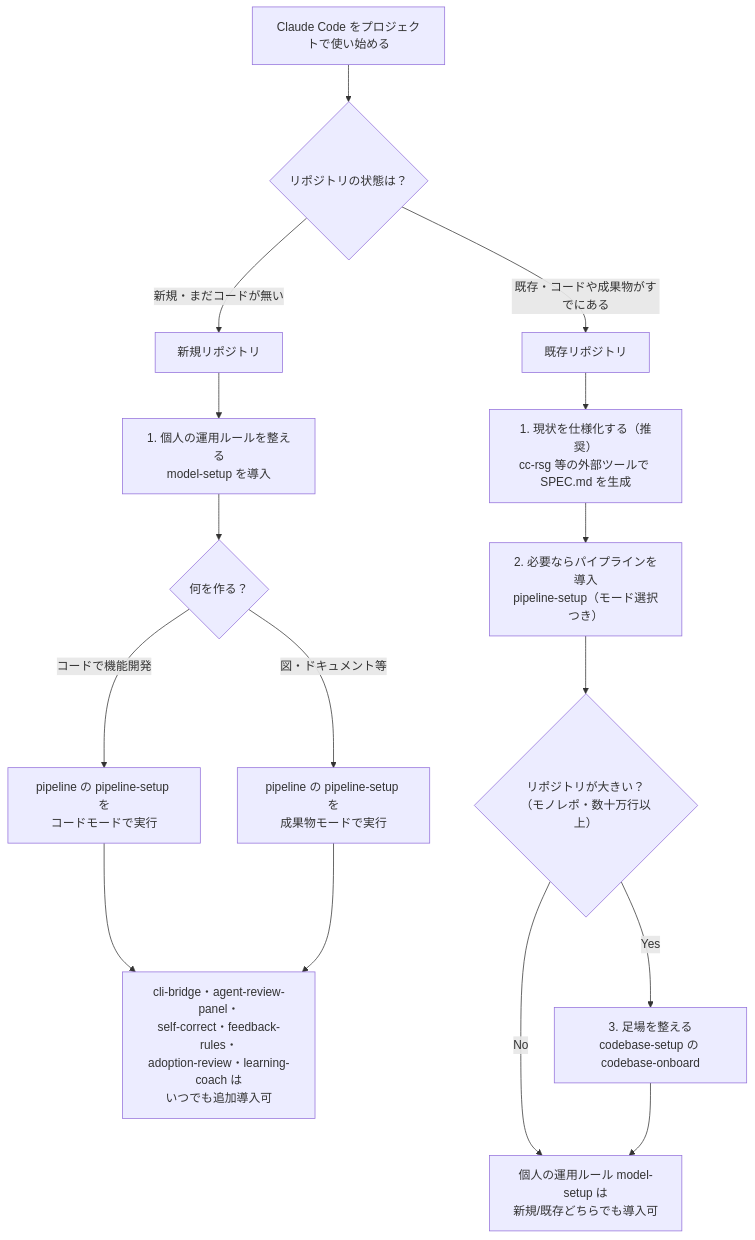
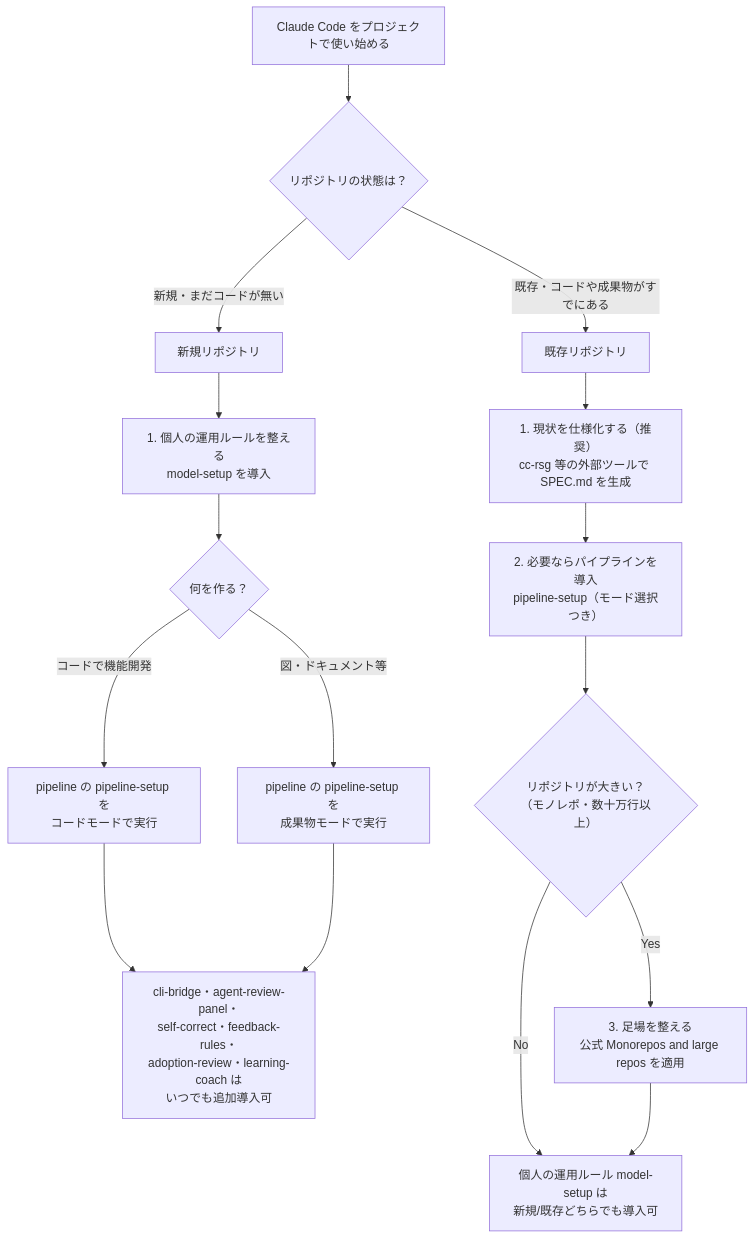
The first of 2 diagrams in README.md (mrkxlia/claude-code-workbench-ja), drawn with Mermaid before and after one commit. The commit also changed other lines of this file and 61 other files, not shown here.

````diff
--- a/README.md
+++ b/README.md
@@ -9,20 +9,20 @@
 ```mermaid
 flowchart TD
     Start["Claude Code をプロジェクトで使い始める"] --> Q{"リポジトリの状態は？"}
     Q -->|"新規・まだコードが無い"| New["新規リポジトリ"]
     Q -->|"既存・コードや成果物がすでにある"| Existing["既存リポジトリ"]
 
     New --> N1["1. 個人の運用ルールを整える<br/>model-setup を導入"]
     N1 --> N2{"何を作る？"}
     N2 -->|"コードで機能開発"| N3["pipeline の pipeline-setup を<br/>コードモードで実行"]
     N2 -->|"図・ドキュメント等"| N4["pipeline の pipeline-setup を<br/>成果物モードで実行"]
     N3 --> N6["cli-bridge・agent-review-panel・<br/>self-correct・feedback-rules・<br/>adoption-review・learning-coach は<br/>いつでも追加導入可"]
     N4 --> N6
 
     Existing --> E1["1. 現状を仕様化する（推奨）<br/>cc-rsg 等の外部ツールで SPEC.md を生成"]
     E1 --> E2["2. 必要ならパイプラインを導入<br/>pipeline-setup（モード選択つき）"]
     E2 --> E2b{"リポジトリが大きい？<br/>（モノレポ・数十万行以上）"}
-    E2b -->|"Yes"| E2c["3. 足場を整える<br/>codebase-setup の codebase-onboard"]
+    E2b -->|"Yes"| E2c["3. 足場を整える<br/>公式 Monorepos and large repos を適用"]
     E2b -->|"No"| E3
     E2c --> E3["個人の運用ルール model-setup は<br/>新規/既存どちらでも導入可"]
 ```
````
